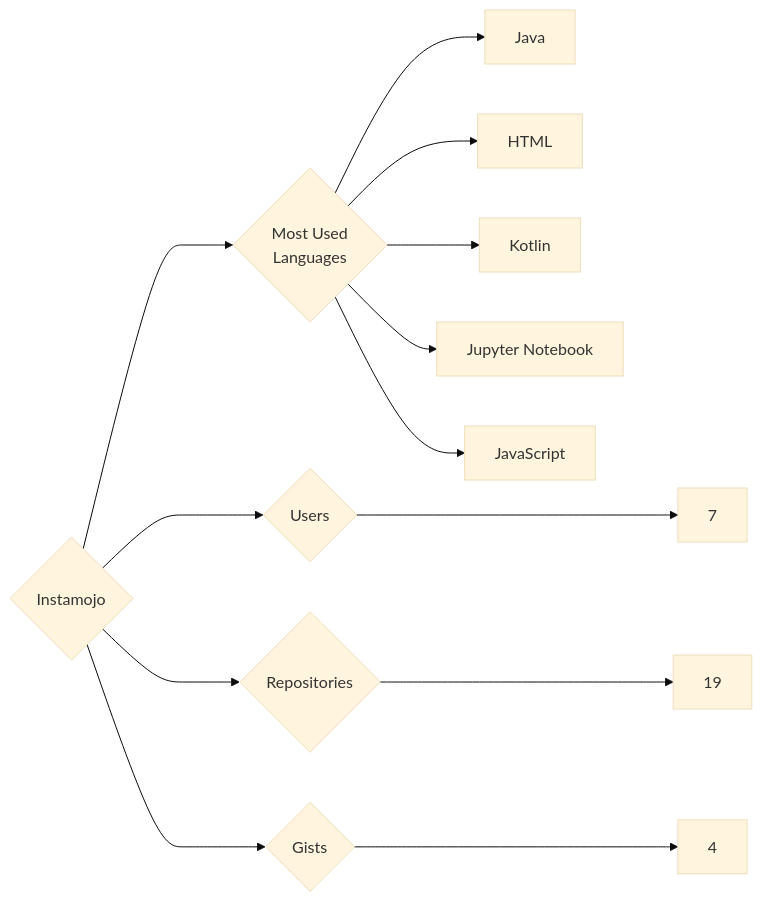
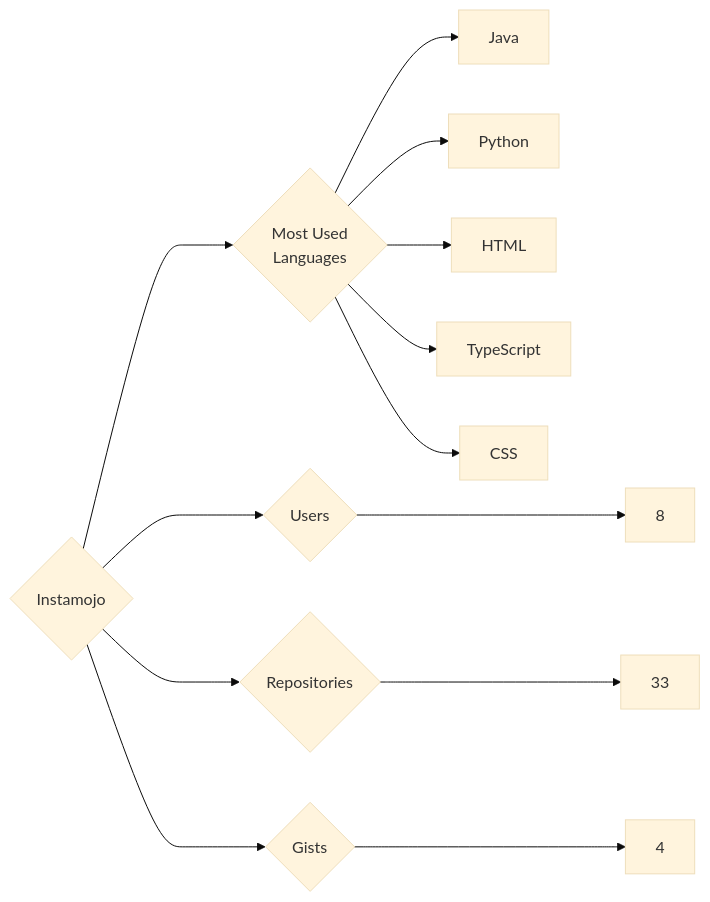
Before and after one commit to trickest/insiders: the diagram in targets/Instamojo/README.md, drawn with Mermaid (base theme). The commit also changed 1175 other files, not shown here.

````diff
--- a/targets/Instamojo/README.md
+++ b/targets/Instamojo/README.md
@@ -3,13 +3,13 @@
 ```mermaid
 graph LR
 COMPANY_NAME{Instamojo}
-COMPANY_NAME ---> U{Users} ---> UN[7]
-COMPANY_NAME ---> R{Repositories} ---> RN[19]
+COMPANY_NAME ---> U{Users} ---> UN[8]
+COMPANY_NAME ---> R{Repositories} ---> RN[33]
 COMPANY_NAME ---> G{Gists} ---> GN[4]
 COMPANY_NAME ---> ML{Most Used<br>Languages}
 ML --> Java[Java]
+ML --> Python[Python]
 ML --> HTML[HTML]
-ML --> Kotlin[Kotlin]
-ML --> Jupyter_Notebook[Jupyter Notebook]
-ML --> JavaScript[JavaScript]
+ML --> TypeScript[TypeScript]
+ML --> CSS[CSS]
 ```
````
